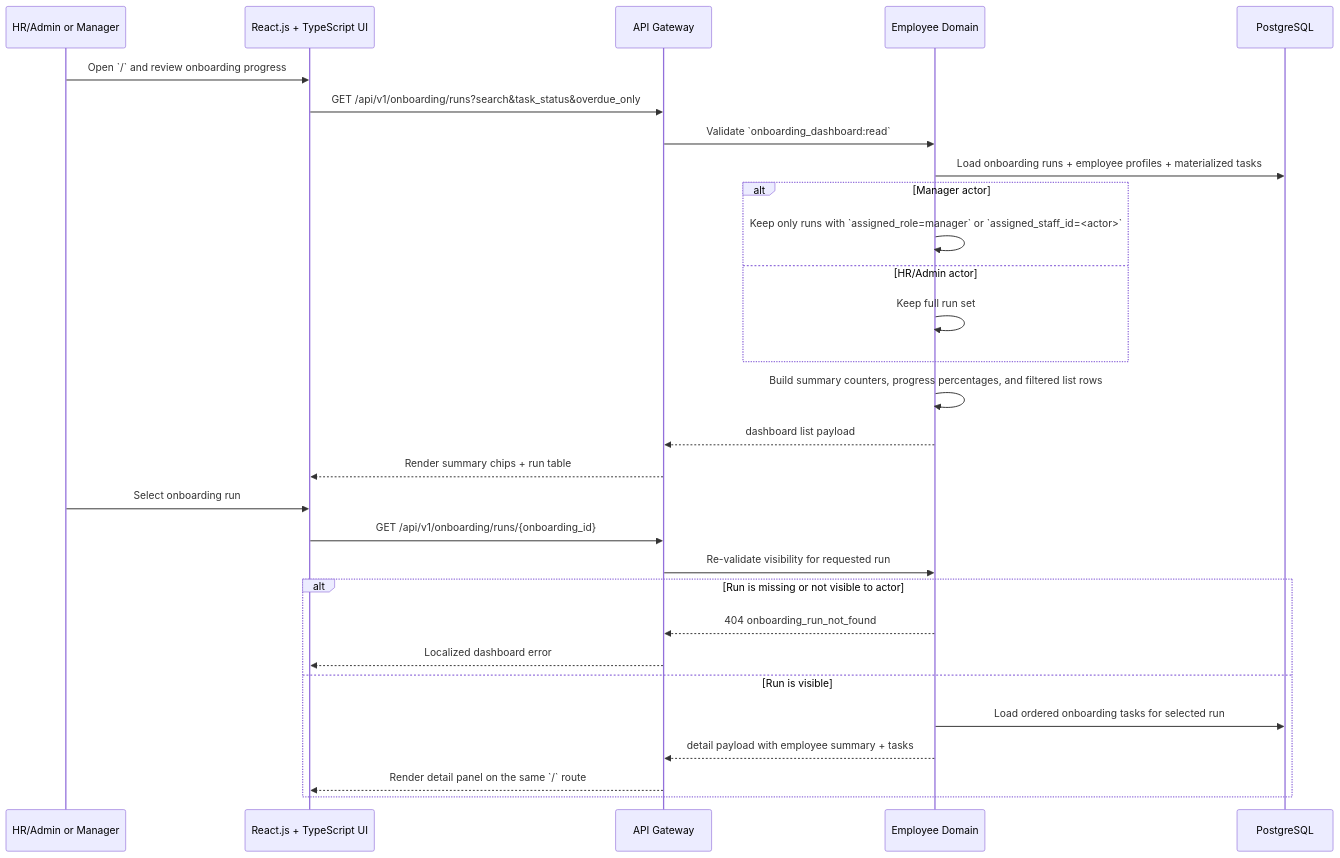
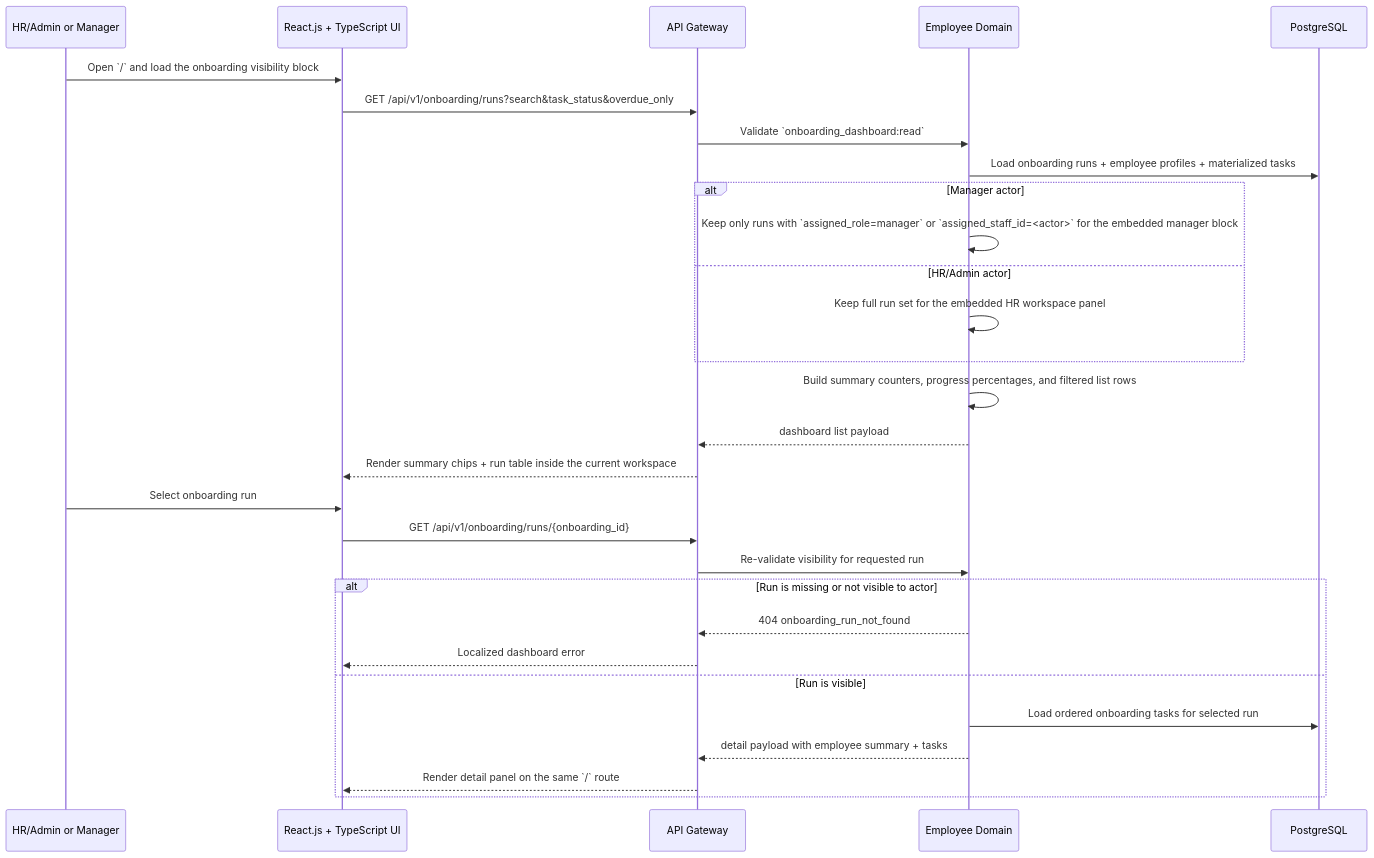
The ninth of 23 diagrams in docs/architecture/diagrams.md (RubiFoc/hrm), drawn with Mermaid before and after one commit. The commit also changed other lines of this file and 36 other files, not shown here.

Commit message:
TASK-09-01 implement manager workspace visibility (#113)

````diff
--- a/docs/architecture/diagrams.md
+++ b/docs/architecture/diagrams.md
@@ -377,32 +377,32 @@
 ```mermaid
 sequenceDiagram
   participant STAFF as HR/Admin or Manager
   participant UI as React.js + TypeScript UI
   participant API as API Gateway
   participant EMP as Employee Domain
   participant DB as PostgreSQL
 
-  STAFF->>UI: Open `/` and review onboarding progress
+  STAFF->>UI: Open `/` and load the onboarding visibility block
   UI->>API: GET /api/v1/onboarding/runs?search&task_status&overdue_only
   API->>EMP: Validate `onboarding_dashboard:read`
   EMP->>DB: Load onboarding runs + employee profiles + materialized tasks
   alt Manager actor
-    EMP->>EMP: Keep only runs with `assigned_role=manager` or `assigned_staff_id=<actor>`
+    EMP->>EMP: Keep only runs with `assigned_role=manager` or `assigned_staff_id=<actor>` for the embedded manager block
   else HR/Admin actor
-    EMP->>EMP: Keep full run set
+    EMP->>EMP: Keep full run set for the embedded HR workspace panel
   end
   EMP->>EMP: Build summary counters, progress percentages, and filtered list rows
   EMP-->>API: dashboard list payload
-  API-->>UI: Render summary chips + run table
+  API-->>UI: Render summary chips + run table inside the current workspace
   STAFF->>UI: Select onboarding run
   UI->>API: GET /api/v1/onboarding/runs/{onboarding_id}
   API->>EMP: Re-validate visibility for requested run
   alt Run is missing or not visible to actor
     EMP-->>API: 404 onboarding_run_not_found
     API-->>UI: Localized dashboard error
   else Run is visible
     EMP->>DB: Load ordered onboarding tasks for selected run
     EMP-->>API: detail payload with employee summary + tasks
     API-->>UI: Render detail panel on the same `/` route
   end
 ```
````
